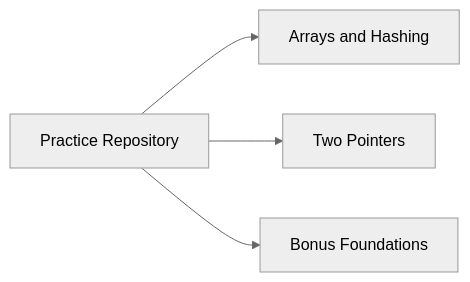
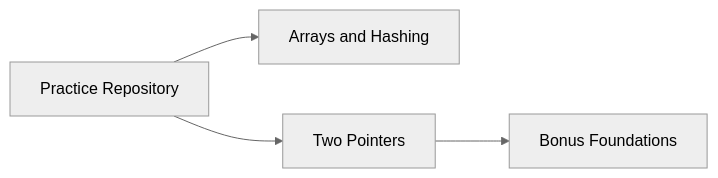
The second of 2 diagrams in README.md (halcyon-past/SDE_PRACTICE_SHEET-MASTERY), drawn with Mermaid (neutral theme) before and after one commit. The commit also changed 3 other files, not shown here.

````diff
--- a/README.md
+++ b/README.md
@@ -29,7 +29,7 @@
 ```mermaid
 graph LR
     A[Practice Repository]
     A --> T1[Arrays and Hashing]
     A --> T2[Two Pointers]
-    A --> B0[Bonus Foundations]
+    T2 --> B1[Bonus Foundations]
 ```
````
